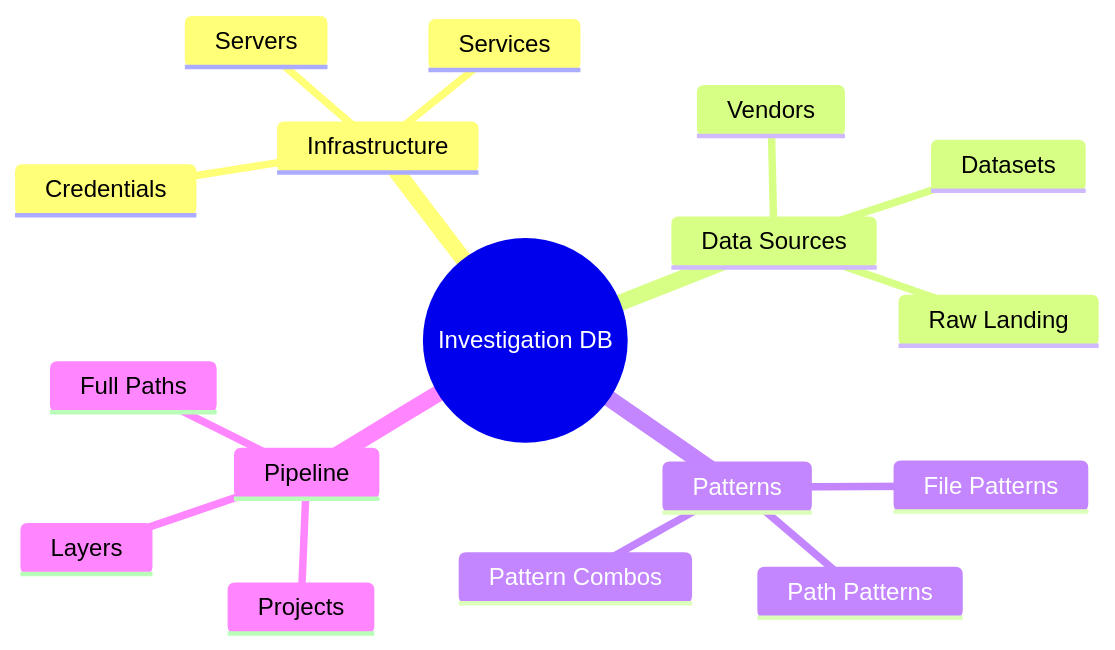
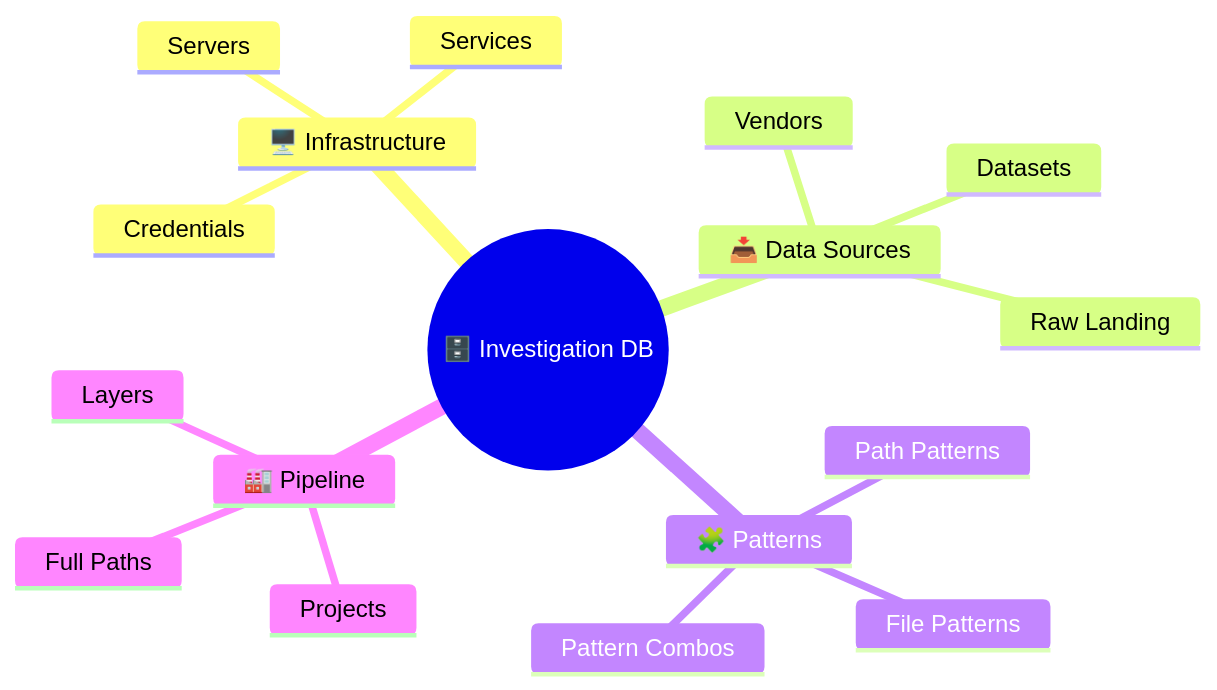
The third of 22 diagrams in docs/brainstorms/investigation-db.md (ThanuMahee12/AgentContext), drawn with Mermaid before and after one commit. The commit also changed other lines of this file, not shown here.

Commit message:
docs: use Unicode emojis for mermaid diagram support

````diff
--- a/docs/brainstorms/investigation-db.md
+++ b/docs/brainstorms/investigation-db.md
@@ -51,20 +51,20 @@
 ```mermaid
 mindmap
-  root((Investigation DB))
-    Infrastructure
+  root((🗄️ Investigation DB))
+    🖥️ Infrastructure
       Servers
       Services
       Credentials
-    Data Sources
+    📥 Data Sources
       Vendors
       Datasets
       Raw Landing
-    Patterns
+    🧩 Patterns
       File Patterns
       Path Patterns
       Pattern Combos
-    Pipeline
+    🏭 Pipeline
       Projects
       Layers
       Full Paths
 ```
````
